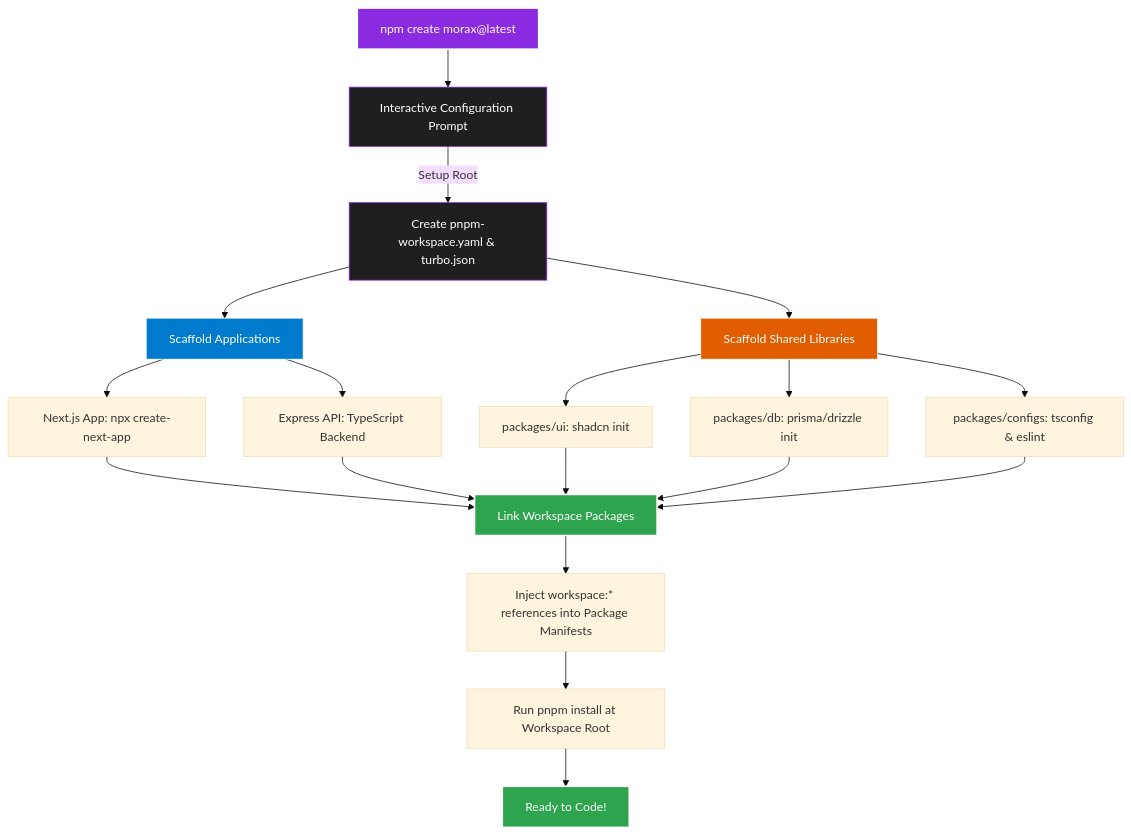
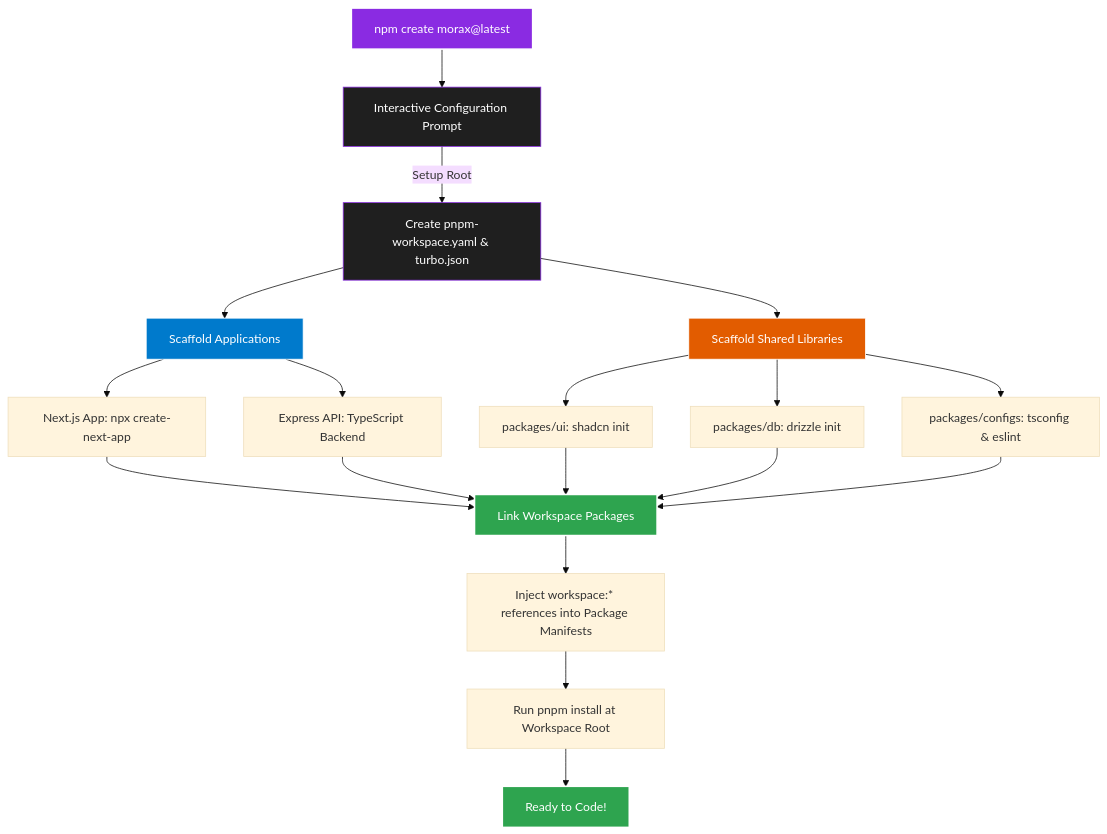
The diagram in apps/cli/README.md (Elitedv/morax), drawn with Mermaid (base theme) before and after one commit. The commit also changed other lines of this file and 28 other files, not shown here.

````diff
--- a/apps/cli/README.md
+++ b/apps/cli/README.md
@@ -51,27 +51,27 @@
 ```mermaid
 graph TD
     A[npm create morax@latest] --> B[Interactive Configuration Prompt]
     B -->|Setup Root| C[Create pnpm-workspace.yaml & turbo.json]
 
     C --> D[Scaffold Applications]
     D --> D1[Next.js App: npx create-next-app]
     D --> D2[Express API: TypeScript Backend]
 
     C --> E[Scaffold Shared Libraries]
     E --> E1[packages/ui: shadcn init]
-    E --> E2[packages/db: prisma/drizzle init]
+    E --> E2[packages/db: drizzle init]
     E --> E3[packages/configs: tsconfig & eslint]
 
     D1 & D2 & E1 & E2 & E3 --> F[Link Workspace Packages]
     F --> G[Inject workspace:* references into Package Manifests]
     G --> H[Run pnpm install at Workspace Root]
     H --> I[Ready to Code!]
 
     style A fill:#8A2BE2,stroke:#fff,stroke-width:2px,color:#fff
     style B fill:#1f1f1f,stroke:#8A2BE2,stroke-width:1px,color:#fff
     style C fill:#1f1f1f,stroke:#8A2BE2,stroke-width:1px,color:#fff
     style D fill:#007acc,stroke:#fff,stroke-width:1px,color:#fff
     style E fill:#e25c00,stroke:#fff,stroke-width:1px,color:#fff
     style F fill:#2ea44f,stroke:#fff,stroke-width:2px,color:#fff
     style I fill:#2ea44f,stroke:#fff,stroke-width:2px,color:#fff
 ```
````
